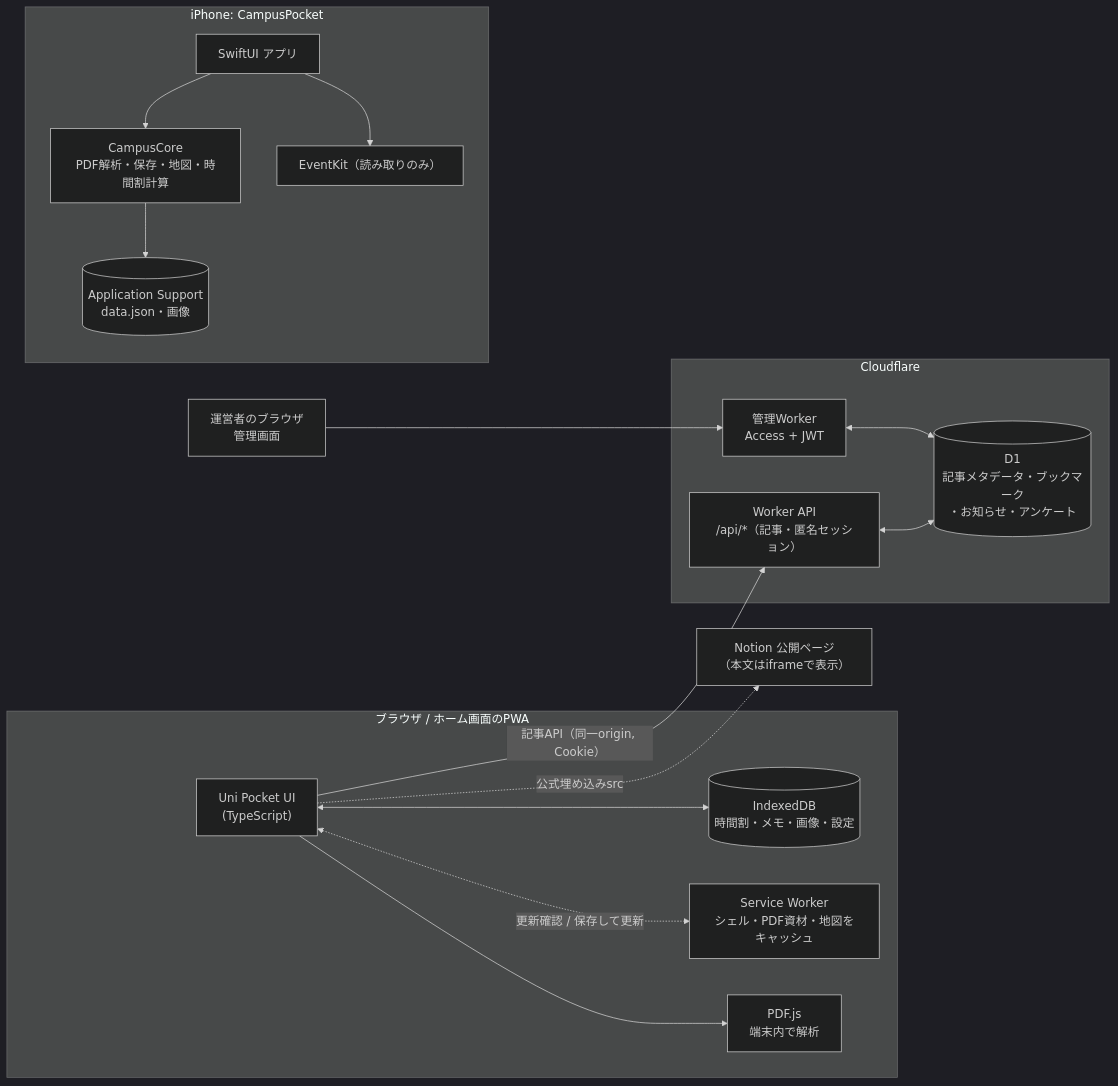
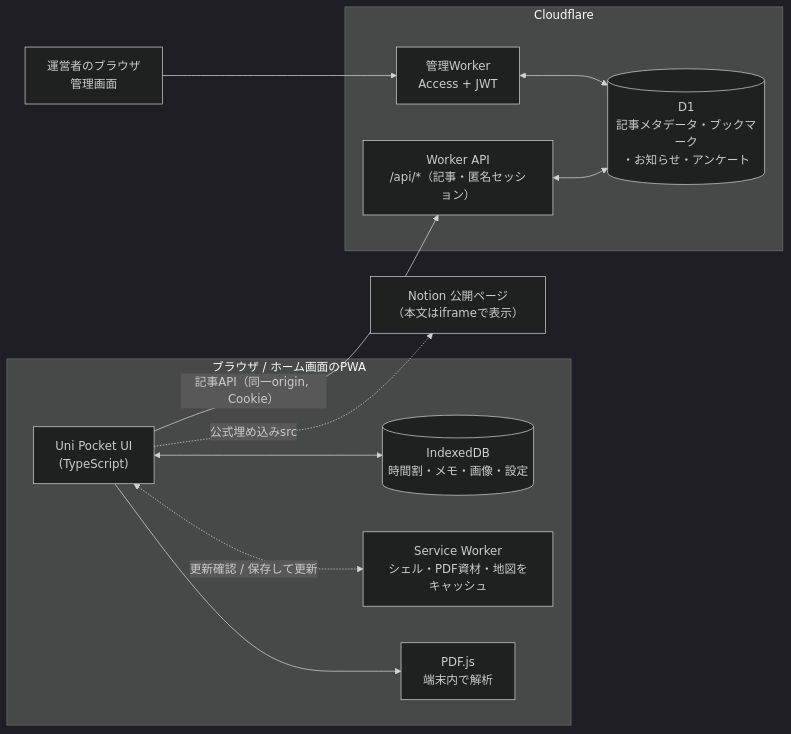
One commit to karladev001-eng/UniPocket changed the diagram in README.md. Above: the diagram before and after it, drawn with Mermaid (dark theme). The commit also changed other lines of this file and 3 other files, not shown here.

Commit message:
docs: align PWA screenshots and simplify architecture diagram

````diff
--- a/README.md
+++ b/README.md
@@ -44,33 +44,28 @@
 ```mermaid
 flowchart LR
   subgraph Browser["ブラウザ / ホーム画面のPWA"]
     UI["Uni Pocket UI<br/>(TypeScript)"]
     IDB[("IndexedDB<br/>時間割・メモ・画像・設定")]
     SW["Service Worker<br/>シェル・PDF資材・地図をキャッシュ"]
     PDF["PDF.js<br/>端末内で解析"]
     UI <--> IDB
     UI --> PDF
     UI <-. 更新確認 / 保存して更新 .-> SW
   end
 
   subgraph CF["Cloudflare"]
     W["Worker API<br/>/api/*（記事・匿名セッション）"]
     D1[("D1<br/>記事メタデータ・ブックマーク<br/>・お知らせ・アンケート")]
     AW["管理Worker<br/>Access + JWT"]
     W <--> D1
     AW <--> D1
   end
 
   Notion["Notion 公開ページ<br/>（本文はiframeで表示）"]
   Admin["運営者のブラウザ<br/>管理画面"]
 
   UI -- "記事API（同一origin, Cookie）" --> W
   UI -. 公式埋め込みsrc .-> Notion
   Admin --> AW
 
-  subgraph iOS["iPhone: CampusPocket"]
-    App["SwiftUI アプリ"] --> Core["CampusCore<br/>PDF解析・保存・地図・時間割計算"]
-    App --> EK["EventKit（読み取りのみ）"]
-    Core --> FS[("Application Support<br/>data.json・画像")]
-  end
 ```
````
